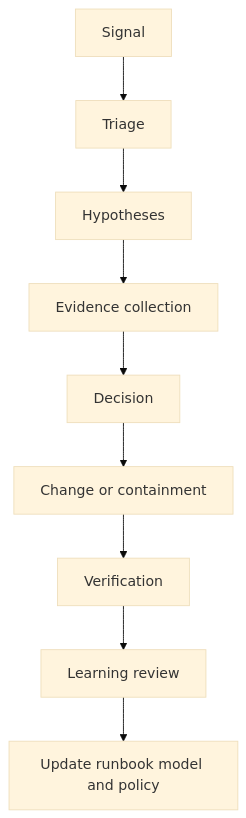
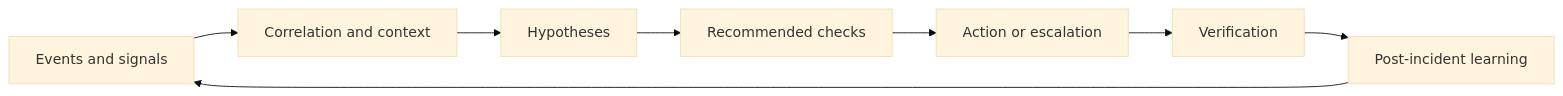
One commit to aiagent007700/AI-Atlas changed the diagram in docs/networks/operations/aiops-and-sre.md. Above: the diagram before and after it, drawn with Mermaid (base theme). The commit also changed other lines of this file and 13 other files, not shown here.

````diff
--- a/docs/networks/operations/aiops-and-sre.md
+++ b/docs/networks/operations/aiops-and-sre.md
@@ -38,11 +18,10 @@
 ```mermaid
-flowchart TB
-    S[Signal] --> T[Triage]
-    T --> H[Hypotheses]
-    H --> E[Evidence collection]
-    E --> D[Decision]
-    D --> C[Change or containment]
-    C --> V[Verification]
-    V --> L[Learning review]
-    L --> U[Update runbook model and policy]
+flowchart LR
+    E[Events and signals] --> C[Correlation and context]
+    C --> H[Hypotheses]
+    H --> R[Recommended checks]
+    R --> A[Action or escalation]
+    A --> V[Verification]
+    V --> P[Post-incident learning]
+    P --> E
 ```
````
